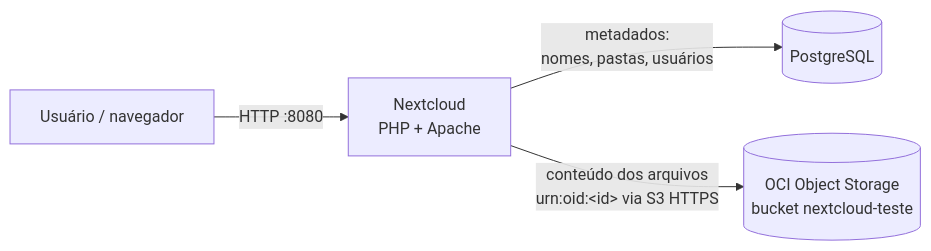
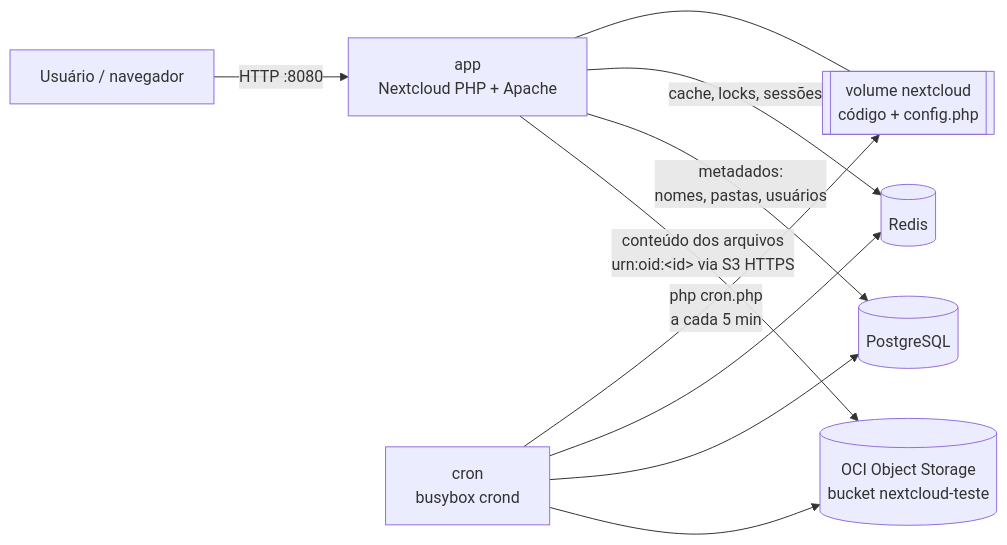
Before and after one commit to Madusalves/nextcloud-oci-lab: the diagram in README.md, drawn with Mermaid. The commit also changed other lines of this file and 2 other files, not shown here.

Commit message:
add Redis and cron services to the Nextcloud stack (phase 1.1)

````diff
--- a/README.md
+++ b/README.md
@@ -61,6 +64,12 @@
 ```mermaid
 flowchart LR
-    U[Usuário / navegador] -->|HTTP :8080| N[Nextcloud<br/>PHP + Apache]
+    U[Usuário / navegador] -->|HTTP :8080| N[app<br/>Nextcloud PHP + Apache]
+    C[cron<br/>busybox crond] -->|php cron.php<br/>a cada 5 min| V[[volume nextcloud<br/>código + config.php]]
+    N --- V
+    N -->|cache, locks, sessões| R[(Redis)]
+    C --> R
     N -->|metadados:<br/>nomes, pastas, usuários| P[(PostgreSQL)]
+    C --> P
     N -->|conteúdo dos arquivos<br/>urn:oid:&lt;id&gt; via S3 HTTPS| B[(OCI Object Storage<br/>bucket nextcloud-teste)]
+    C --> B
 ```
````
